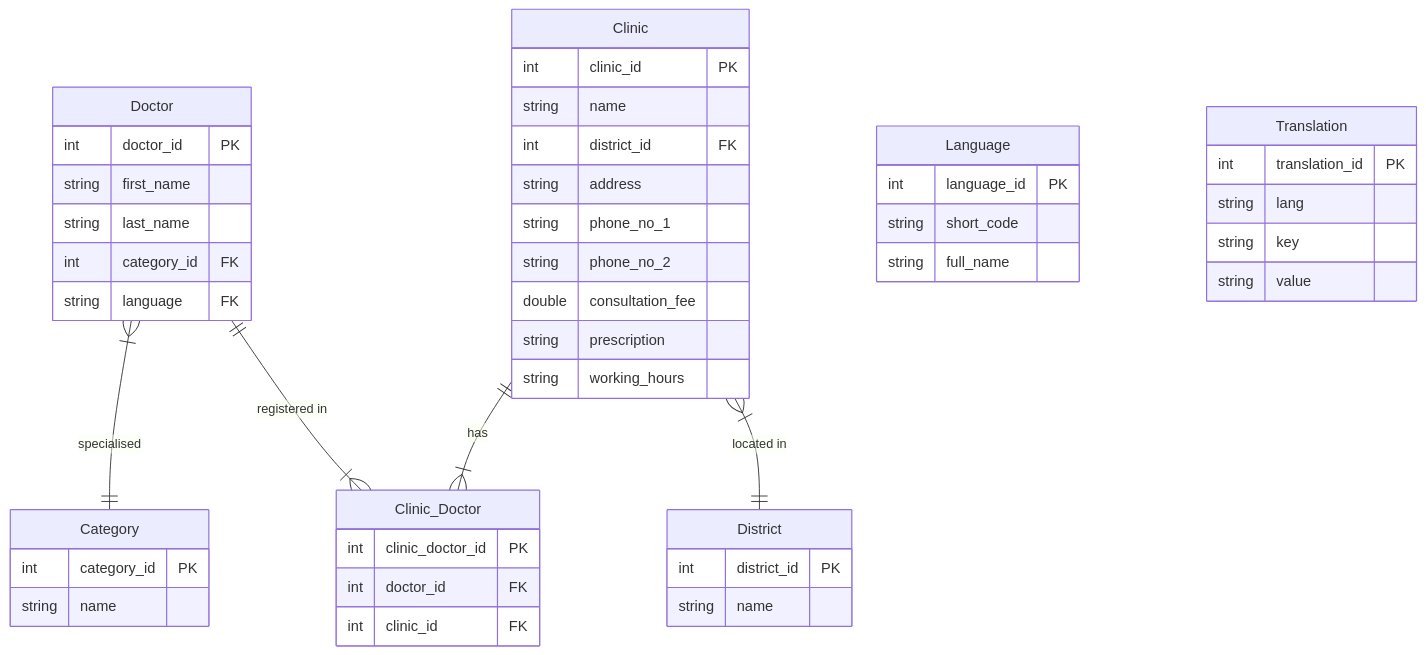
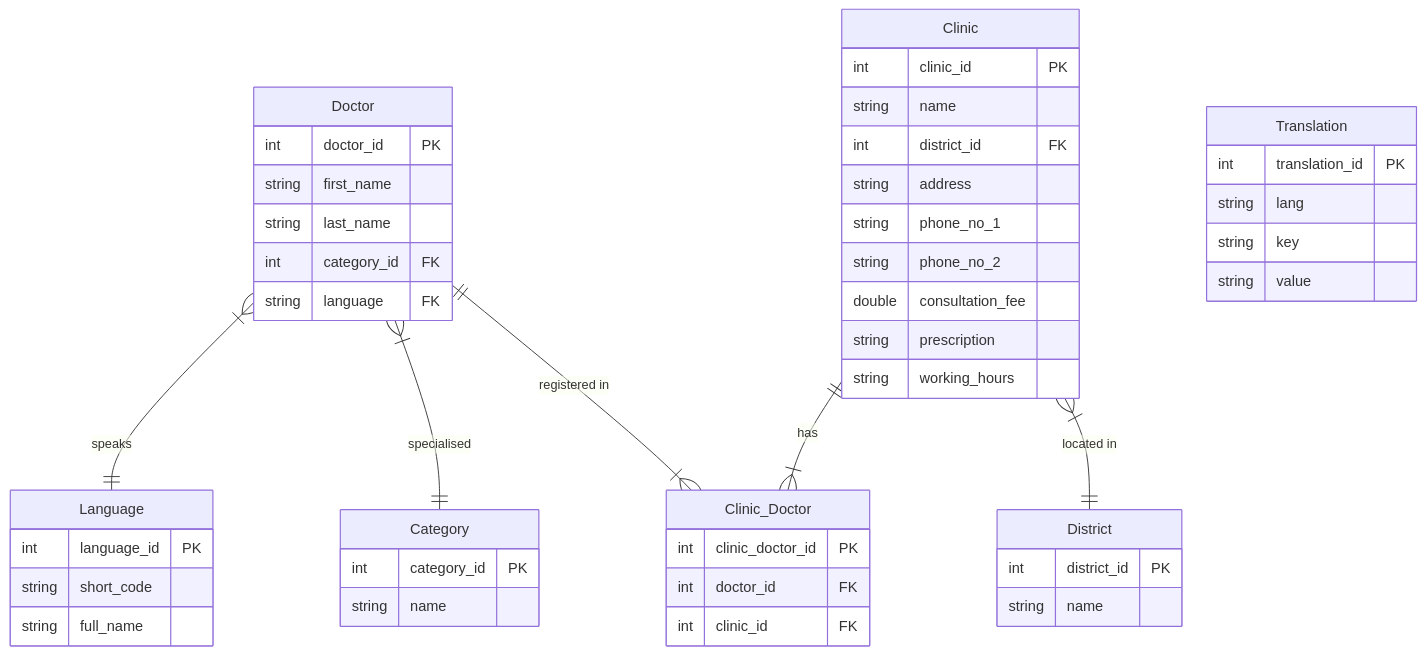
Before and after one commit to alexchu-dev/Insurance-Company-Doctor-Listing-Backend-Example: the diagram in README.MD, drawn with Mermaid. The commit also changed other lines of this file, not shown here.

````diff
--- a/README.MD
+++ b/README.MD
@@ -75,49 +75,50 @@
 ```mermaid
     erDiagram
     Doctor ||--|{ Clinic_Doctor : "registered in"
     Doctor }|--|| Category : "specialised"
+    Doctor }|--|| Language: "speaks"
     Doctor {
         int doctor_id PK
         string first_name
         string last_name
         int category_id FK
         string language FK
     }
     Clinic }|--|| District : "located in"
     Clinic ||--|{ Clinic_Doctor : "has"
     Clinic {
         int clinic_id PK
         string name
         int district_id FK
         string address
         string phone_no_1
         string phone_no_2
         double consultation_fee
         string prescription
         string working_hours
     }
     Clinic_Doctor {
         int clinic_doctor_id PK
         int doctor_id FK
         int clinic_id FK
     }
     District {
         int district_id PK
         string name
     }
     Category {
         int category_id PK
         string name
     }
     Language {
         int language_id PK
         string short_code
         string full_name
     }
     Translation {
         int translation_id PK
         string lang
         string key
         string value
     }
 ```
````
